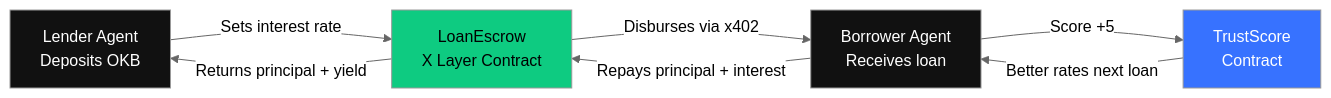
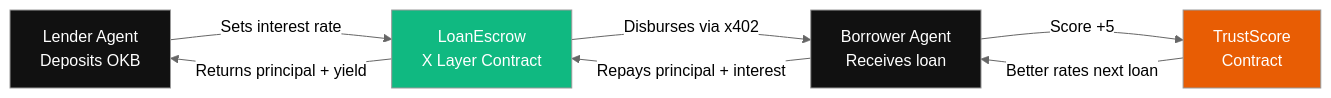
Before and after one commit to jonumhills/agentcredit: the second of 3 diagrams in README.md, drawn with Mermaid (neutral theme). The commit also changed other lines of this file, not shown here.

Commit message:
Update mermaid diagrams to orange/green color scheme

````diff
--- a/README.md
+++ b/README.md
@@ -52,14 +53,14 @@
 ```mermaid
 flowchart LR
     LENDER[Lender Agent<br/>Deposits OKB] -->|Sets interest rate| ESCROW[LoanEscrow<br/>X Layer Contract]
     ESCROW -->|Disburses via x402| BORROWER[Borrower Agent<br/>Receives loan]
     BORROWER -->|Repays principal + interest| ESCROW
     ESCROW -->|Returns principal + yield| LENDER
     BORROWER -->|Score +5| TRUST[TrustScore<br/>Contract]
     TRUST -->|Better rates next loan| BORROWER
 
-    style ESCROW fill:#0ecb81,color:#000
-    style TRUST fill:#3772ff,color:#fff
+    style ESCROW fill:#10B981,color:#fff
+    style TRUST fill:#E85D04,color:#fff
     style LENDER fill:#111,color:#fff
     style BORROWER fill:#111,color:#fff
 ```
````
